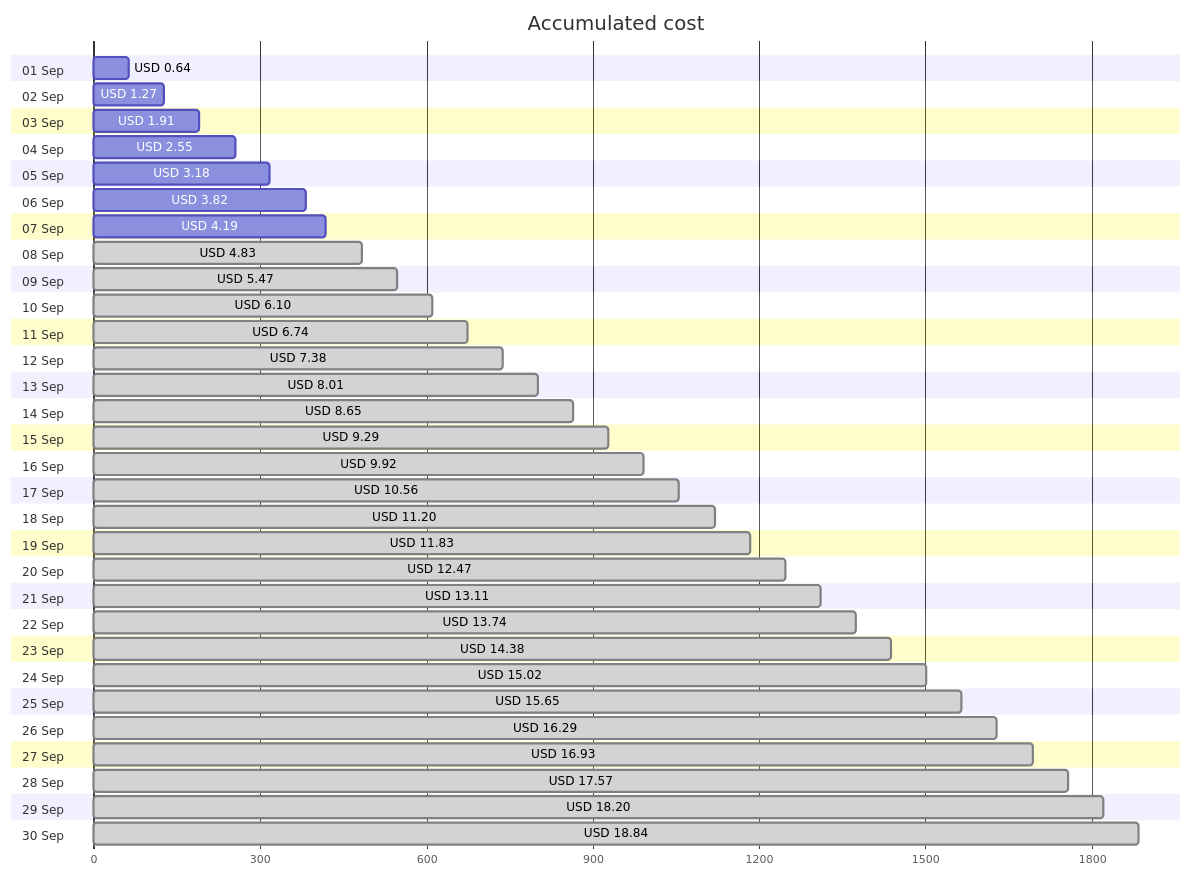
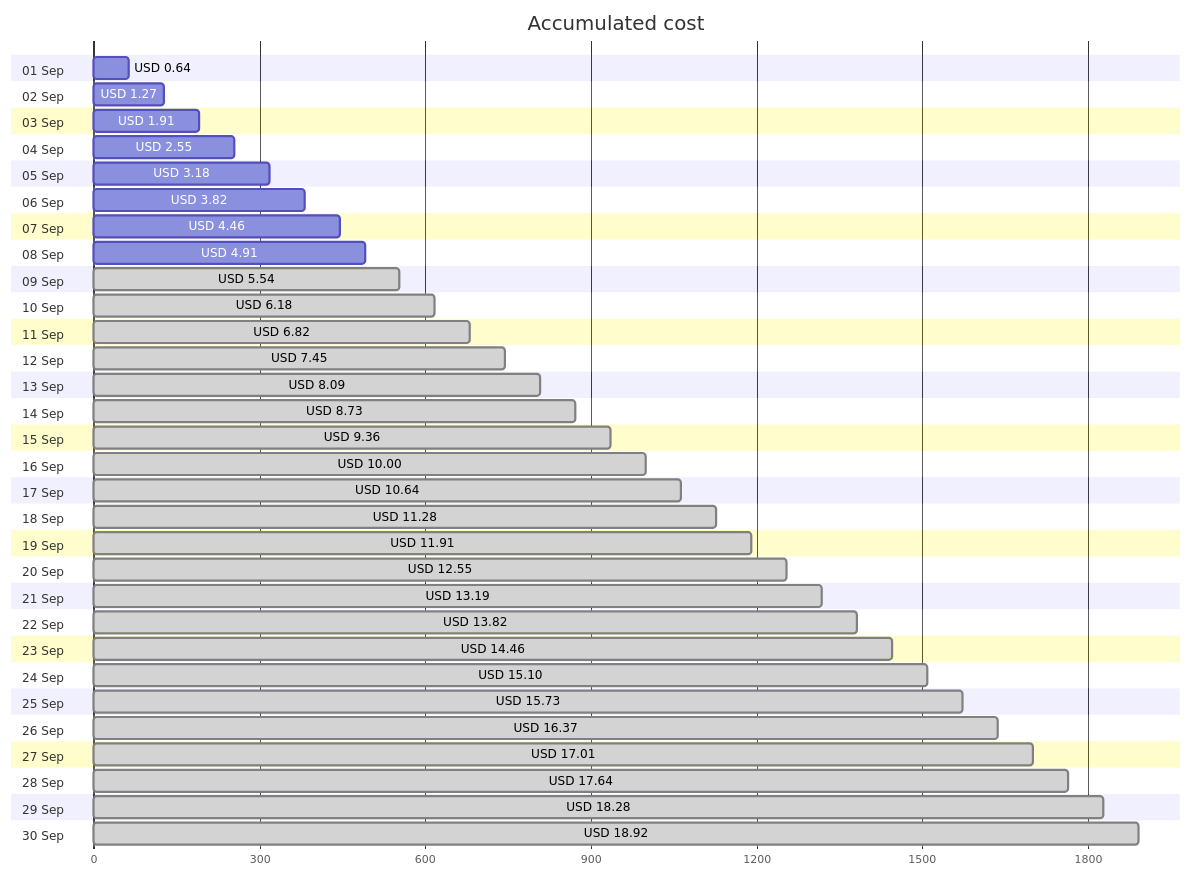
The first of 4 diagrams in cost-reports/accumulated-cost.md (jpfulton/azure-personal-reports), drawn with Mermaid before and after one commit. The commit also changed other lines of this file and 4 other files, not shown here.

````diff
--- a/cost-reports/accumulated-cost.md
+++ b/cost-reports/accumulated-cost.md
@@ -20,66 +20,66 @@
 ```mermaid
 gantt
    title Accumulated cost
    dateFormat  X
    axisFormat %s
    section 01 Sep
    USD 0.64 :0, 64
    section 02 Sep
    USD 1.27 :0, 127
    section 03 Sep
    USD 1.91 :0, 191
    section 04 Sep
    USD 2.55 :0, 255
    section 05 Sep
    USD 3.18 :0, 318
    section 06 Sep
    USD 3.82 :0, 382
    section 07 Sep
-   USD 4.19 :0, 419
+   USD 4.46 :0, 446
    section 08 Sep
-   USD 4.83 : done, 0, 483
+   USD 4.91 :0, 491
    section 09 Sep
-   USD 5.47 : done, 0, 547
+   USD 5.54 : done, 0, 554
    section 10 Sep
-   USD 6.10 : done, 0, 610
+   USD 6.18 : done, 0, 618
    section 11 Sep
-   USD 6.74 : done, 0, 674
+   USD 6.82 : done, 0, 682
    section 12 Sep
-   USD 7.38 : done, 0, 738
+   USD 7.45 : done, 0, 745
    section 13 Sep
-   USD 8.01 : done, 0, 801
+   USD 8.09 : done, 0, 809
    section 14 Sep
-   USD 8.65 : done, 0, 865
+   USD 8.73 : done, 0, 873
    section 15 Sep
-   USD 9.29 : done, 0, 929
+   USD 9.36 : done, 0, 936
    section 16 Sep
-   USD 9.92 : done, 0, 992
+   USD 10.00 : done, 0, 1000
    section 17 Sep
-   USD 10.56 : done, 0, 1056
+   USD 10.64 : done, 0, 1064
    section 18 Sep
-   USD 11.20 : done, 0, 1120
+   USD 11.28 : done, 0, 1128
    section 19 Sep
-   USD 11.83 : done, 0, 1183
+   USD 11.91 : done, 0, 1191
    section 20 Sep
-   USD 12.47 : done, 0, 1247
+   USD 12.55 : done, 0, 1255
    section 21 Sep
-   USD 13.11 : done, 0, 1311
+   USD 13.19 : done, 0, 1319
    section 22 Sep
-   USD 13.74 : done, 0, 1374
+   USD 13.82 : done, 0, 1382
    section 23 Sep
-   USD 14.38 : done, 0, 1438
+   USD 14.46 : done, 0, 1446
    section 24 Sep
-   USD 15.02 : done, 0, 1502
+   USD 15.10 : done, 0, 1510
    section 25 Sep
-   USD 15.65 : done, 0, 1565
+   USD 15.73 : done, 0, 1573
    section 26 Sep
-   USD 16.29 : done, 0, 1629
+   USD 16.37 : done, 0, 1637
    section 27 Sep
-   USD 16.93 : done, 0, 1693
+   USD 17.01 : done, 0, 1701
    section 28 Sep
-   USD 17.57 : done, 0, 1757
+   USD 17.64 : done, 0, 1764
    section 29 Sep
-   USD 18.20 : done, 0, 1820
+   USD 18.28 : done, 0, 1828
    section 30 Sep
-   USD 18.84 : done, 0, 1884
+   USD 18.92 : done, 0, 1892
 ```
````
